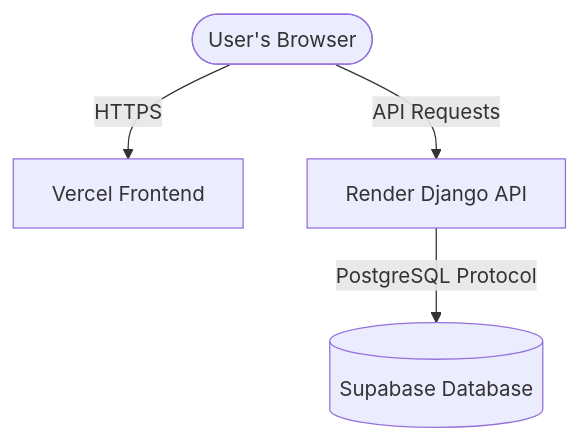
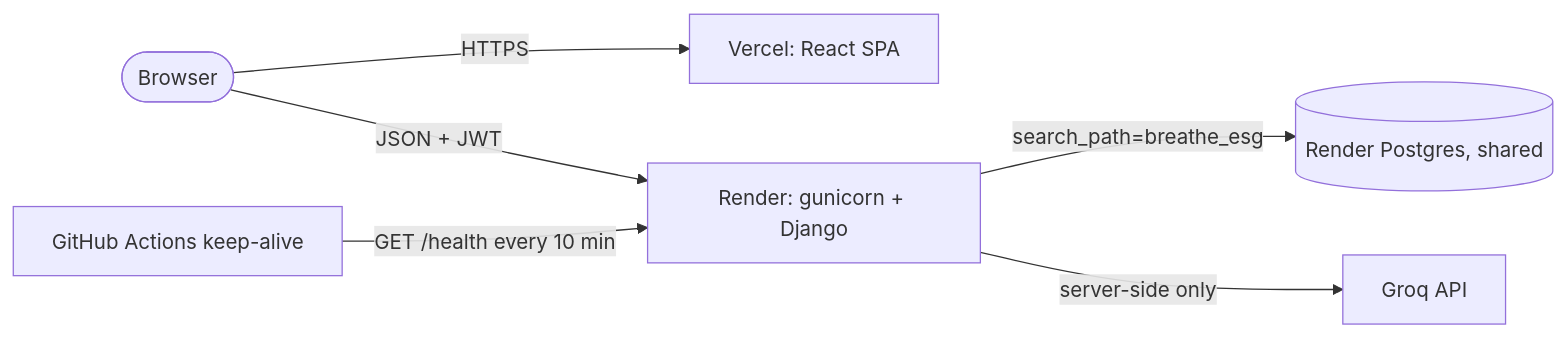
Before and after one commit to HarshBathija-04/Breathe-ESG: the diagram in docs/DEPLOYMENT.md, drawn with Mermaid. The commit also changed other lines of this file and 12 other files, not shown here.

````diff
--- a/docs/DEPLOYMENT.md
+++ b/docs/DEPLOYMENT.md
@@ -8,6 +11,8 @@
 ```mermaid
-graph TD
-    User([User's Browser]) -->|HTTPS| Frontend[Vercel Frontend]
-    User -->|API Requests| Backend[Render Django API]
-    Backend -->|PostgreSQL Protocol| DB[(Supabase Database)]
+flowchart LR
+  B([Browser]) -->|HTTPS| V[Vercel: React SPA]
+  B -->|JSON + JWT| R[Render: gunicorn + Django]
+  R -->|search_path=breathe_esg| P[(Render Postgres, shared)]
+  R -->|server-side only| G[Groq API]
+  K[GitHub Actions keep-alive] -->|GET /health every 10 min| R
 ```
````
